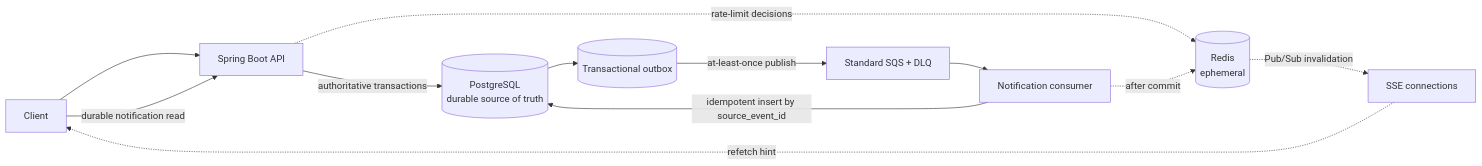
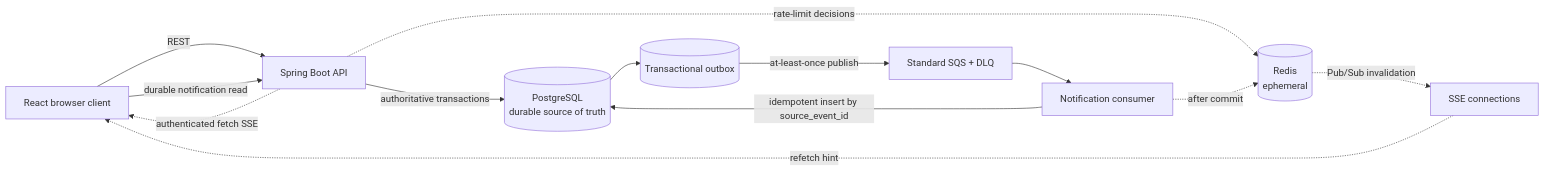
One commit to harshr2024/CrowdPass changed the diagram in docs/engineering-design.md. Above: the diagram before and after it, drawn with Mermaid. The commit also changed other lines of this file and 3 other files, not shown here.

````diff
--- a/docs/engineering-design.md
+++ b/docs/engineering-design.md
@@ -5,14 +5,15 @@
 ```mermaid
 flowchart LR
-    C[Client] --> API[Spring Boot API]
+    C[React browser client] -->|REST| API[Spring Boot API]
+    API -. authenticated fetch SSE .-> C
     API -->|authoritative transactions| PG[(PostgreSQL\ndurable source of truth)]
     API -. rate-limit decisions .-> R[(Redis\nephemeral)]
     PG --> O[(Transactional outbox)]
     O -->|at-least-once publish| Q[Standard SQS + DLQ]
     Q --> N[Notification consumer]
     N -->|idempotent insert by source_event_id| PG
     N -. after commit .-> R
     R -. Pub/Sub invalidation .-> SSE[SSE connections]
     SSE -. refetch hint .-> C
     C -->|durable notification read| API
 ```
````
